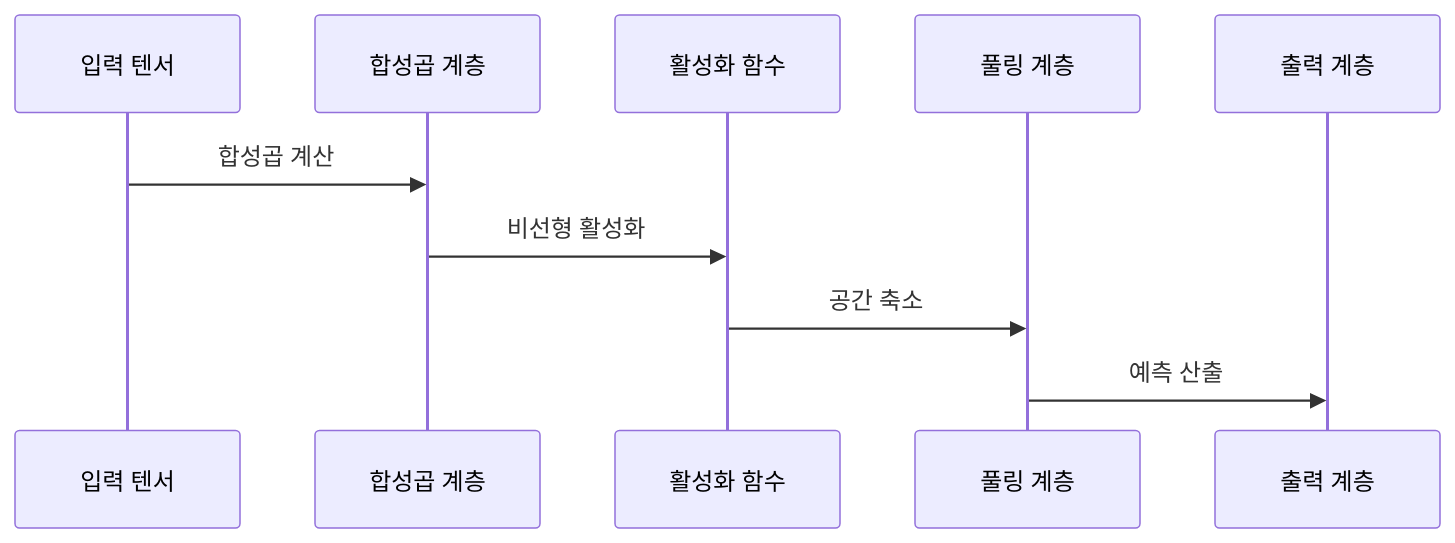
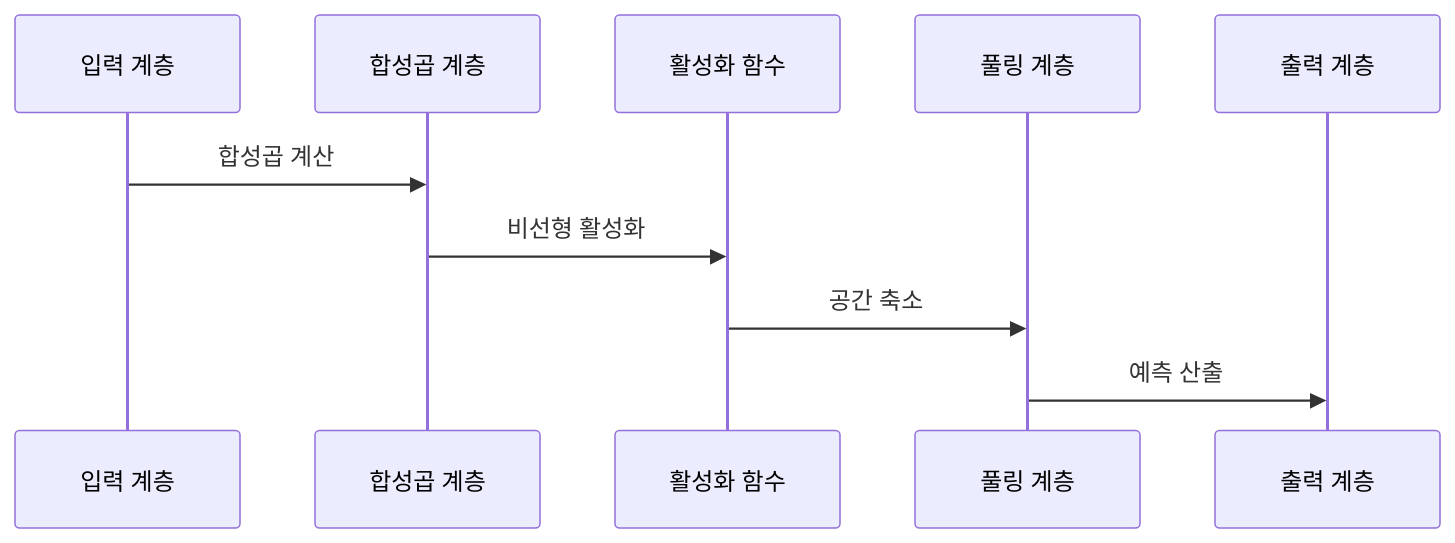
The second of 2 diagrams in src/content/docs/notes/01-basic-theory/043_cnn.md (agnusdei1207/knowledge-base), drawn with Mermaid before and after one commit. The commit also changed other lines of this file and 7 other files, not shown here.

````diff
--- a/src/content/docs/notes/01-basic-theory/043_cnn.md
+++ b/src/content/docs/notes/01-basic-theory/043_cnn.md
@@ -88,12 +88,12 @@
 ```mermaid
 sequenceDiagram
-    participant I as 입력 텐서
+    participant I as 입력 계층
     participant C as 합성곱 계층
     participant A as 활성화 함수
     participant P as 풀링 계층
     participant O as 출력 계층
     I->>C: 합성곱 계산
     C->>A: 비선형 활성화
     A->>P: 공간 축소
     P->>O: 예측 산출
 ```
````
